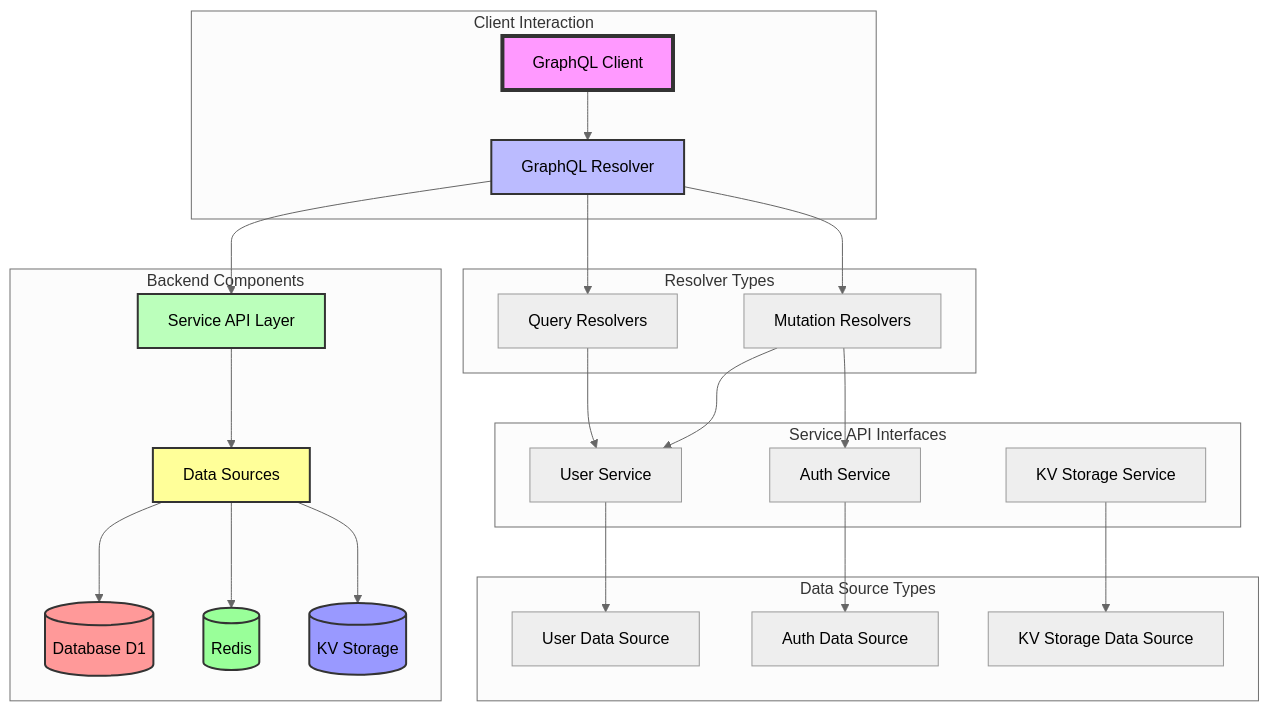
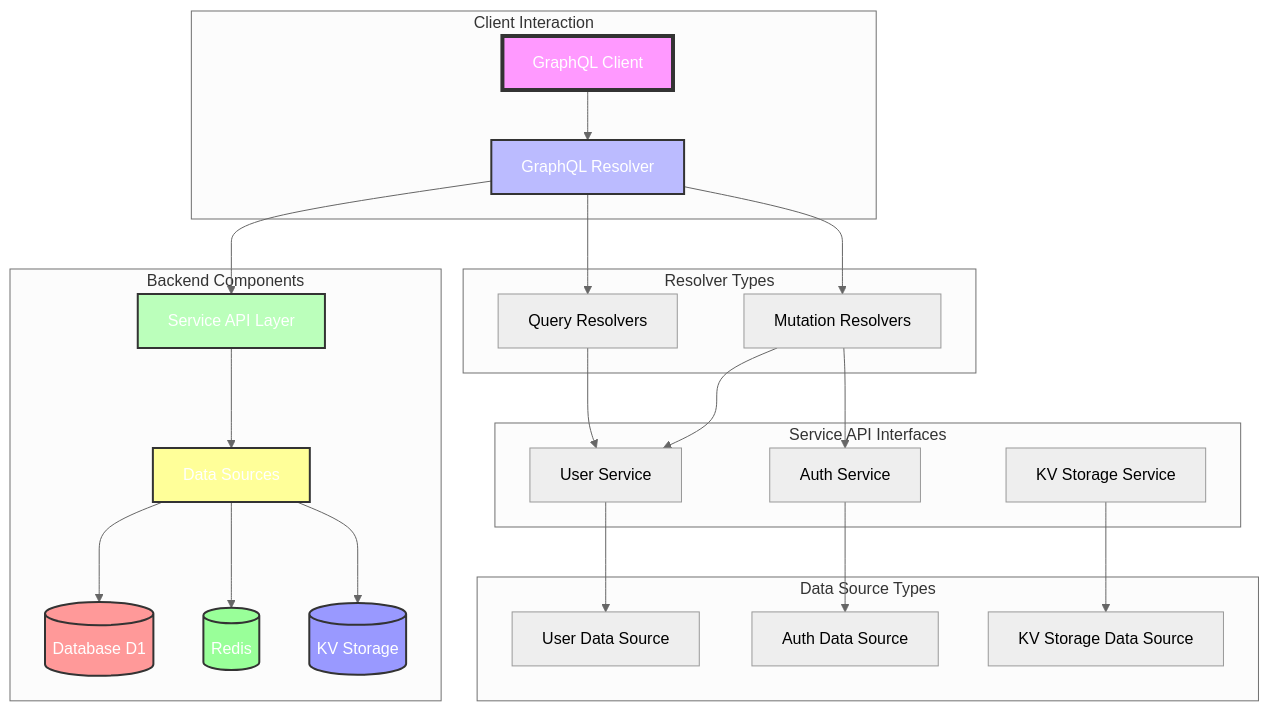
The ninth of 13 diagrams in docs/user-services.md (vinodhj/expense-microservices), drawn with Mermaid (neutral theme) before and after one commit.

Commit message:
docs mermaid color fix

````diff
--- a/docs/user-services.md
+++ b/docs/user-services.md
@@ -746,50 +746,50 @@
 ```mermaid
 flowchart TB
     subgraph "Client Interaction"
         A[GraphQL Client] --> B[GraphQL Resolver]
     end
 
     subgraph "Backend Components"
         B --> C[Service API Layer]
         C --> D[Data Sources]
         D --> E[(Database D1)]
         D --> F[(Redis)]
         D --> G[(KV Storage)]
     end
 
     subgraph "Resolver Types"
         Q1[Query Resolvers]
         Q2[Mutation Resolvers]
     end
 
     subgraph "Service API Interfaces"
         S1[User Service]
         S2[Auth Service]
         S3[KV Storage Service]
     end
 
     subgraph "Data Source Types"
         DS1[User Data Source]
         DS2[Auth Data Source]
         DS3[KV Storage Data Source]
     end
 
     B --> Q1
     B --> Q2
 
     Q1 --> S1
     Q2 --> S1
     Q2 --> S2
 
     S1 --> DS1
     S2 --> DS2
     S3 --> DS3
 
-    style A fill:#f9f,stroke:#333,stroke-width:4px
-    style B fill:#bbf,stroke:#333,stroke-width:2px
-    style C fill:#bfb,stroke:#333,stroke-width:2px
-    style D fill:#ff9,stroke:#333,stroke-width:2px
-    style E fill:#f99,stroke:#333,stroke-width:2px
-    style F fill:#9f9,stroke:#333,stroke-width:2px
-    style G fill:#99f,stroke:#333,stroke-width:2px
+    style A fill:#f9f,stroke:#333,stroke-width:4px,color:#fff
+    style B fill:#bbf,stroke:#333,stroke-width:2px,color:#fff
+    style C fill:#bfb,stroke:#333,stroke-width:2px,color:#fff
+    style D fill:#ff9,stroke:#333,stroke-width:2px,color:#fff
+    style E fill:#f99,stroke:#333,stroke-width:2px,color:#fff
+    style F fill:#9f9,stroke:#333,stroke-width:2px,color:#fff
+    style G fill:#99f,stroke:#333,stroke-width:2px,color:#fff
 ```
````
